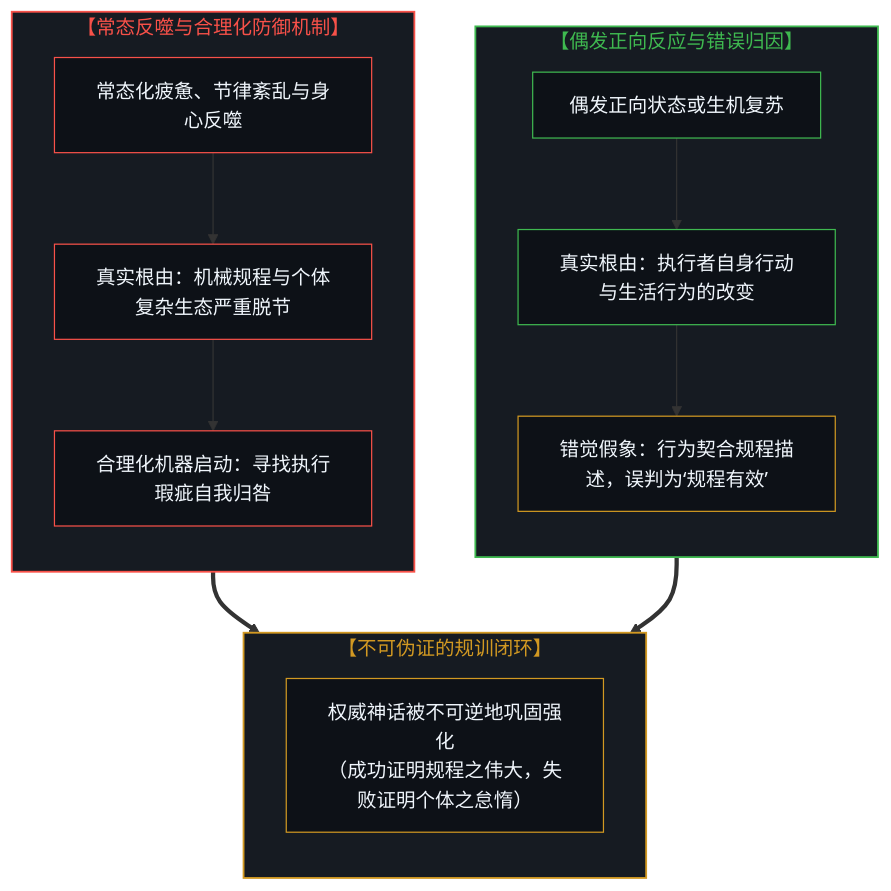
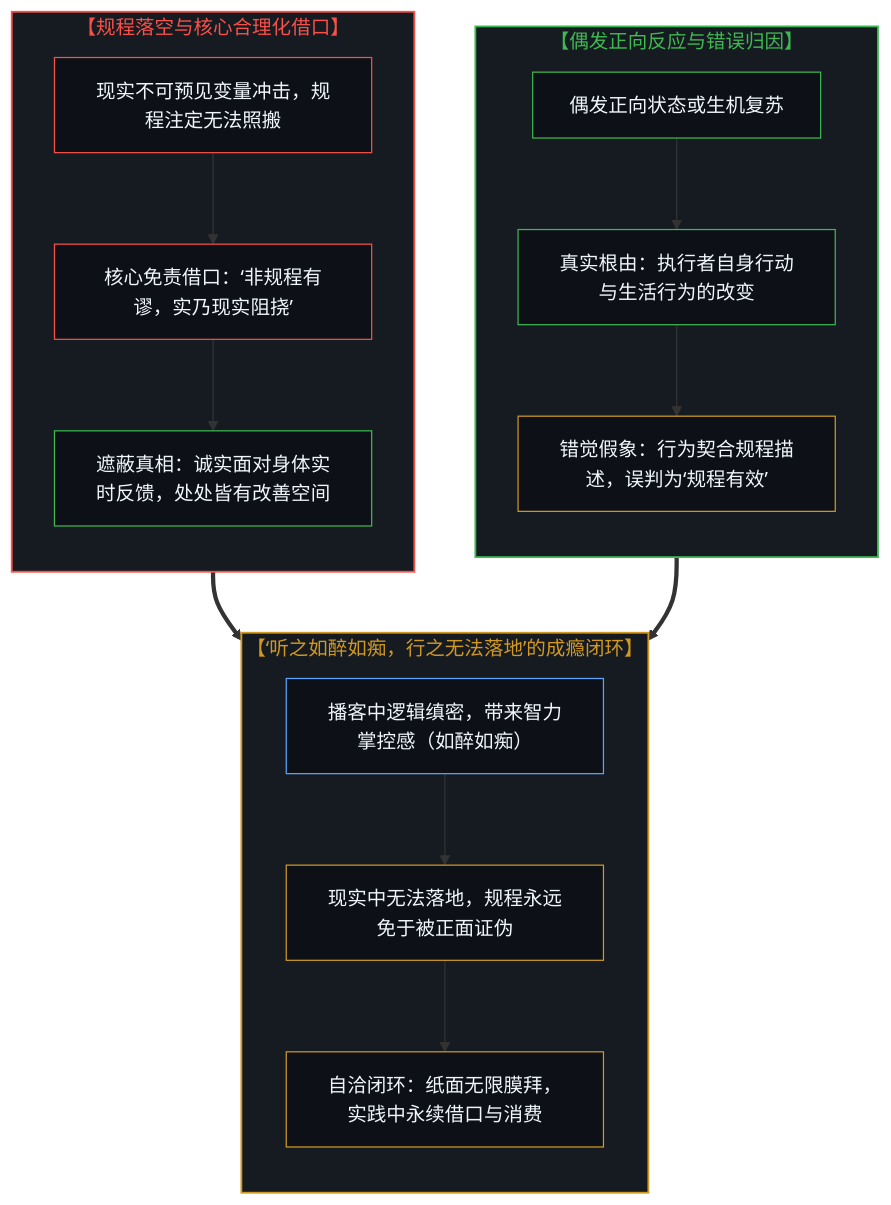
Before and after one commit to powerpig99/not-a-toe: the seventh of 8 diagrams in content/posts/the-inversion-of-the-protocol-and-the-silencing-of-the-causal-loop.md, drawn with Mermaid. The commit also changed other lines of this file and 4 other files, not shown here.

````diff
--- a/content/posts/the-inversion-of-the-protocol-and-the-silencing-of-the-causal-loop.md
+++ b/content/posts/the-inversion-of-the-protocol-and-the-silencing-of-the-causal-loop.md
@@ -277,37 +277,42 @@
 ```mermaid
 graph TD
     subgraph S_Success["【偶发正向反应与错误归因】"]
         direction TB
         A1["偶发正向状态或生机复苏"]
         A2["真实根由：执行者自身行动与生活行为的改变"]
         A3["错觉假象：行为契合规程描述，误判为‘规程有效’"]
         A1 --> A2 --> A3
     end
 
-    subgraph S_Failure["【常态反噬与合理化防御机制】"]
+    subgraph S_Failure["【规程落空与核心合理化借口】"]
         direction TB
-        B1["常态化疲惫、节律紊乱与身心反噬"]
-        B2["真实根由：机械规程与个体复杂生态严重脱节"]
-        B3["合理化机器启动：寻找执行瑕疵自我归咎"]
+        B1["现实不可预见变量冲击，规程注定无法照搬"]
+        B2["核心免责借口：‘非规程有谬，实乃现实阻挠’"]
+        B3["遮蔽真相：诚实面对身体实时反馈，处处皆有改善空间"]
         B1 --> B2 --> B3
     end
 
-    subgraph S_Reinforcement["【不可伪证的规训闭环】"]
+    subgraph S_Loop["【‘听之如醉如痴，行之无法落地’的成瘾闭环】"]
         direction TB
-        C1["权威神话被不可逆地巩固强化<br/>（成功证明规程之伟大，失败证明个体之怠惰）"]
+        C1["播客中逻辑缜密，带来智力掌控感（如醉如痴）"]
+        C2["现实中无法落地，规程永远免于被正面证伪"]
+        C3["自洽闭环：纸面无限膜拜，实践中永续借口与消费"]
+        C1 --> C2 --> C3
     end
 
-    A3 ==> C1
-    B3 ==> C1
+    A3 ==> C3
+    B2 ==> C3
 
     style S_Success fill:#161b22,stroke:#3fb950,stroke-width:1.5px,color:#3fb950
     style S_Failure fill:#161b22,stroke:#f85149,stroke-width:1.5px,color:#f85149
-    style S_Reinforcement fill:#161b22,stroke:#d29922,stroke-width:1.5px,color:#d29922
+    style S_Loop fill:#161b22,stroke:#d29922,stroke-width:1.5px,color:#d29922
     style A1 fill:#0d1117,stroke:#3fb950,stroke-width:1px,color:#f0f6fc
     style A2 fill:#0d1117,stroke:#3fb950,stroke-width:1px,color:#f0f6fc
     style A3 fill:#0d1117,stroke:#d29922,stroke-width:1px,color:#f0f6fc
     style B1 fill:#0d1117,stroke:#f85149,stroke-width:1px,color:#f0f6fc
     style B2 fill:#0d1117,stroke:#f85149,stroke-width:1px,color:#f0f6fc
-    style B3 fill:#0d1117,stroke:#f85149,stroke-width:1px,color:#f0f6fc
-    style C1 fill:#0d1117,stroke:#d29922,stroke-width:1px,color:#f0f6fc
+    style B3 fill:#0d1117,stroke:#3fb950,stroke-width:1px,color:#f0f6fc
+    style C1 fill:#0d1117,stroke:#58a6ff,stroke-width:1px,color:#f0f6fc
+    style C2 fill:#0d1117,stroke:#d29922,stroke-width:1px,color:#f0f6fc
+    style C3 fill:#0d1117,stroke:#d29922,stroke-width:1px,color:#f0f6fc
 ```
````
